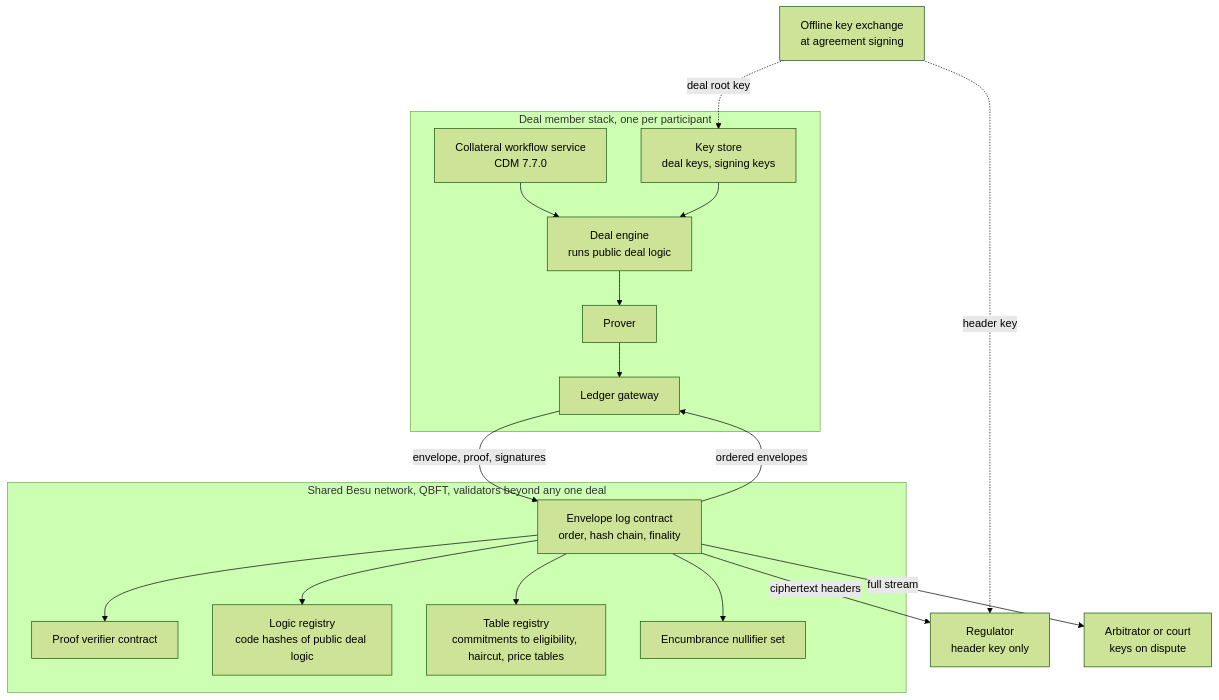
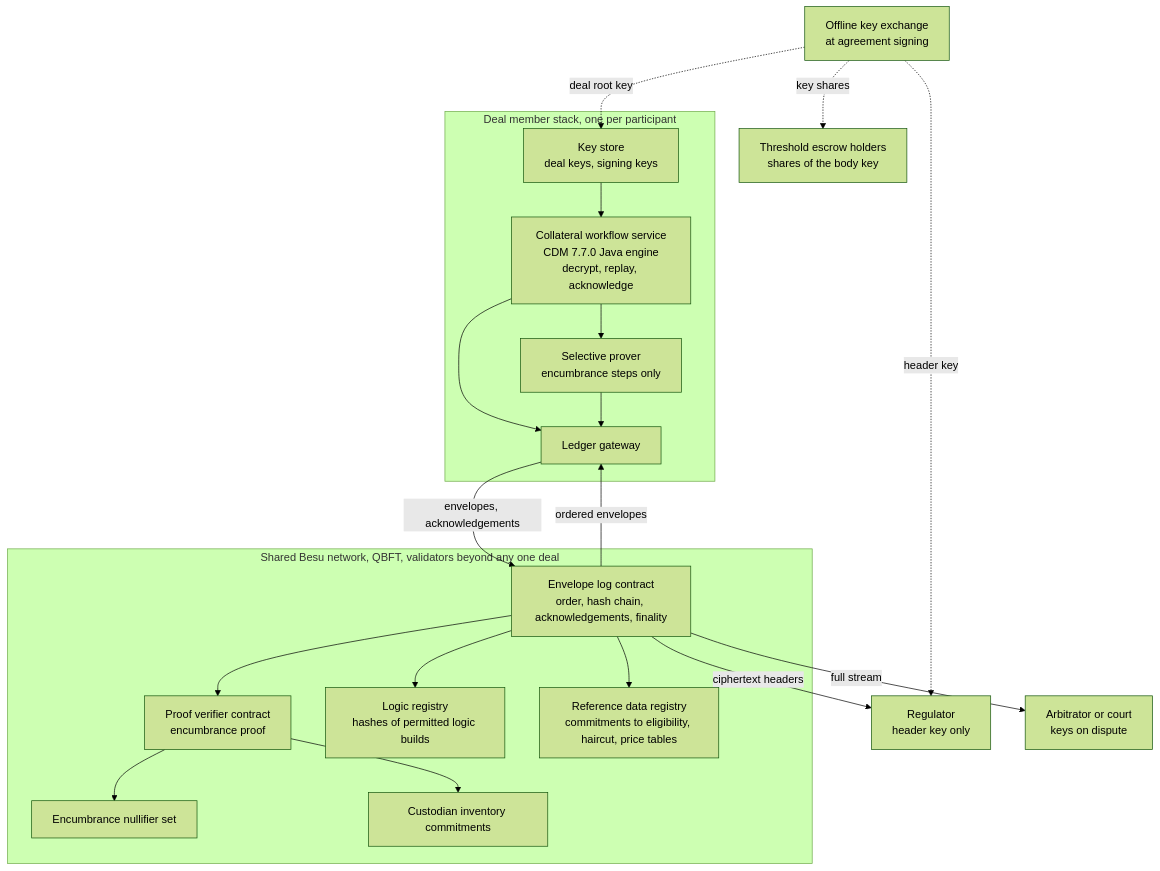
One commit to finos-hack/cdm-collateral changed the second of 9 diagrams in docs/architecture/onchain-privacy.md. Above: the diagram before and after it, drawn with Mermaid (forest theme). The commit also changed other lines of this file, not shown here.

First line of the commit message:
docs: onchain-privacy revised to the selective-proof design

````diff
--- a/docs/architecture/onchain-privacy.md
+++ b/docs/architecture/onchain-privacy.md
@@ -290,37 +301,40 @@
 ```mermaid
 flowchart TB
   subgraph memberA["Deal member stack, one per participant"]
-    WS["Collateral workflow service<br/>CDM 7.7.0"]
-    DE["Deal engine<br/>runs public deal logic"]
-    PR["Prover"]
+    WS["Collateral workflow service<br/>CDM 7.7.0 Java engine<br/>decrypt, replay, acknowledge"]
+    SP["Selective prover<br/>encumbrance steps only"]
     KS["Key store<br/>deal keys, signing keys"]
     LG["Ledger gateway"]
-    WS --> DE
-    DE --> PR
-    KS --> DE
-    PR --> LG
+    WS --> SP
+    KS --> WS
+    WS --> LG
+    SP --> LG
   end
 
   subgraph chain["Shared Besu network, QBFT, validators beyond any one deal"]
-    EL["Envelope log contract<br/>order, hash chain, finality"]
-    PV["Proof verifier contract"]
-    LR["Logic registry<br/>code hashes of public deal logic"]
-    TR["Table registry<br/>commitments to eligibility, haircut, price tables"]
+    EL["Envelope log contract<br/>order, hash chain, acknowledgements, finality"]
+    PV["Proof verifier contract<br/>encumbrance proof"]
+    LR["Logic registry<br/>hashes of permitted logic builds"]
+    RD["Reference data registry<br/>commitments to eligibility, haircut, price tables"]
     NS["Encumbrance nullifier set"]
+    IC["Custodian inventory commitments"]
     EL --> PV
     EL --> LR
-    EL --> TR
-    EL --> NS
+    EL --> RD
+    PV --> NS
+    PV --> IC
   end
 
   REG["Regulator<br/>header key only"]
   ARB["Arbitrator or court<br/>keys on dispute"]
+  ESC["Threshold escrow holders<br/>shares of the body key"]
   OFF["Offline key exchange<br/>at agreement signing"]
 
-  LG -- "envelope, proof, signatures" --> EL
+  LG -- "envelopes, acknowledgements" --> EL
   EL -- "ordered envelopes" --> LG
   OFF -. "deal root key" .-> KS
   OFF -. "header key" .-> REG
+  OFF -. "key shares" .-> ESC
   EL -- "ciphertext headers" --> REG
   EL -- "full stream" --> ARB
 ```
````
